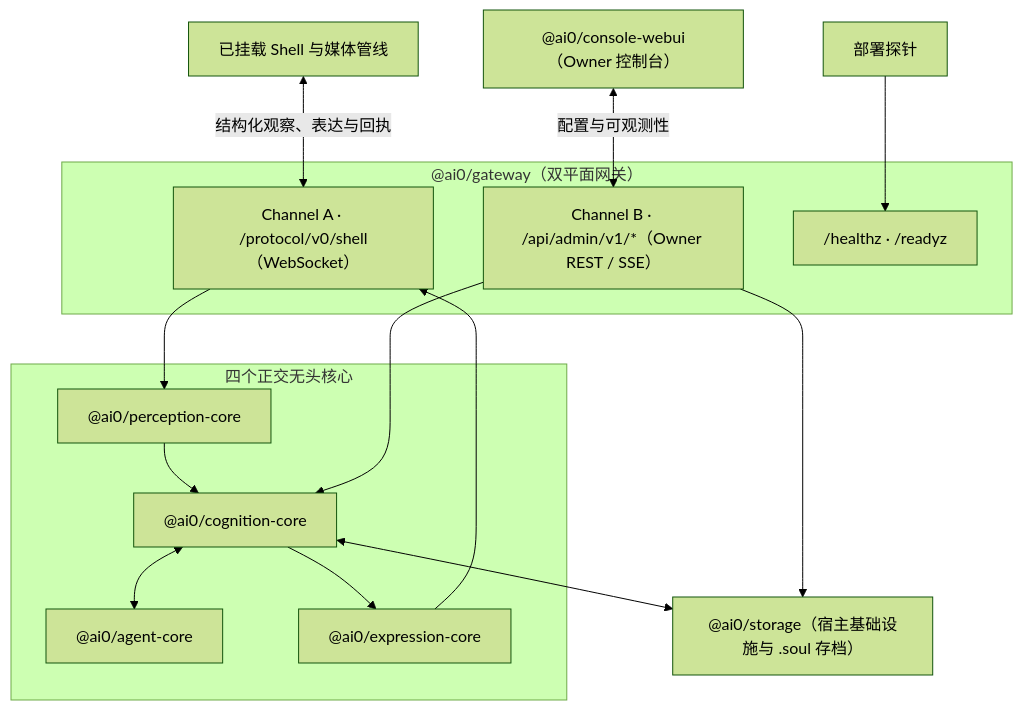
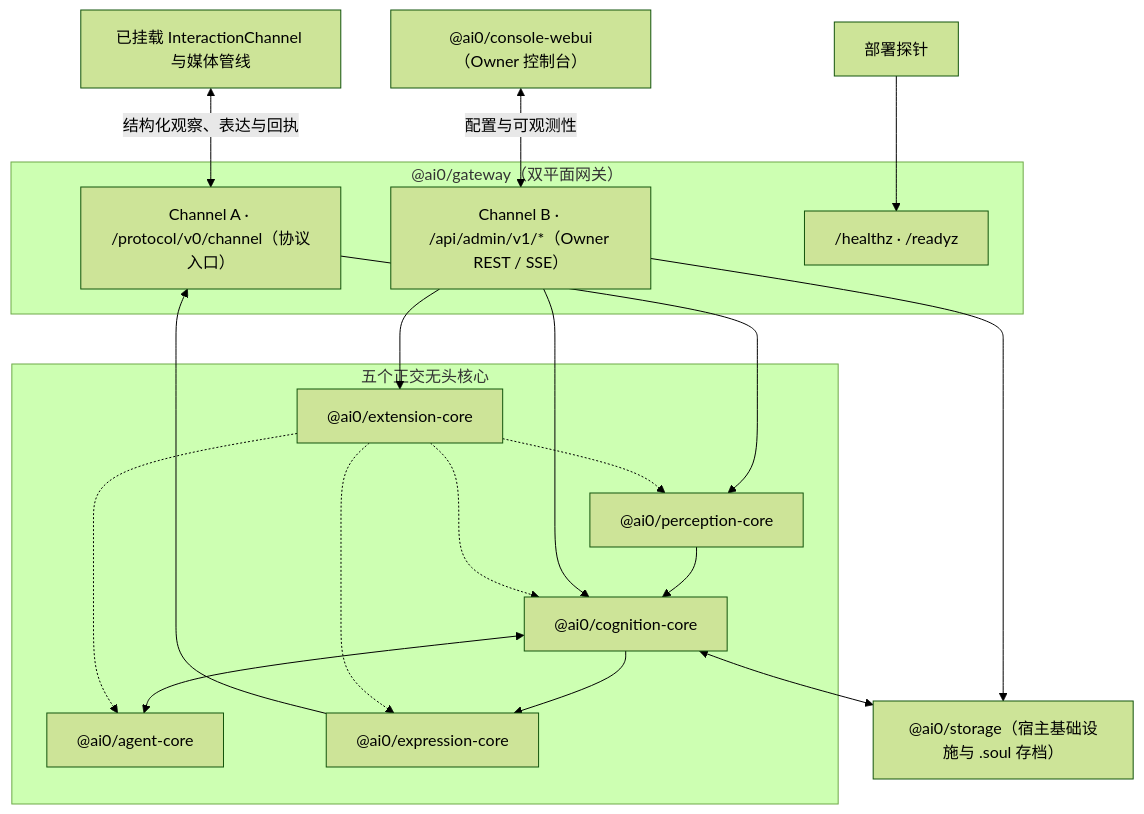
One commit to reina0721/ai0 changed the diagram in README.md. Above: the diagram before and after it, drawn with Mermaid (forest theme). The commit also changed other lines of this file and 212 other files, not shown here.

````diff
--- a/README.md
+++ b/README.md
@@ -90,27 +99,30 @@
 ```mermaid
 flowchart TB
-    Shell["已挂载 Shell 与媒体管线"]
+    InteractionChannel["已挂载 InteractionChannel 与媒体管线"]
     Console["@ai0/console-webui（Owner 控制台）"]
     Probe["部署探针"]
     subgraph Gateway["@ai0/gateway（双平面网关）"]
-        A["Channel A · /protocol/v0/shell（WebSocket）"]
+        A["Channel A · /protocol/v0/channel（协议入口）"]
         B["Channel B · /api/admin/v1/*（Owner REST / SSE）"]
         H["/healthz · /readyz"]
     end
-    subgraph Cores["四个正交无头核心"]
+    subgraph Cores["五个正交无头核心"]
+        Extensions["@ai0/extension-core"]
         Perception["@ai0/perception-core"]
         Cognition["@ai0/cognition-core"]
         Agent["@ai0/agent-core"]
         Expression["@ai0/expression-core"]
     end
     Storage["@ai0/storage（宿主基础设施与 .soul 存档）"]
-    Shell <-->|"结构化观察、表达与回执"| A
+    InteractionChannel <-->|"结构化观察、表达与回执"| A
     Console <-->|"配置与可观测性"| B
     Probe --> H
     A --> Perception --> Cognition
     Cognition <--> Agent
     Cognition --> Expression --> A
     Cognition <--> Storage
     B --> Cognition
     B --> Storage
+    B --> Extensions
+    Extensions -.-> Agent & Perception & Cognition & Expression
 ```
````
